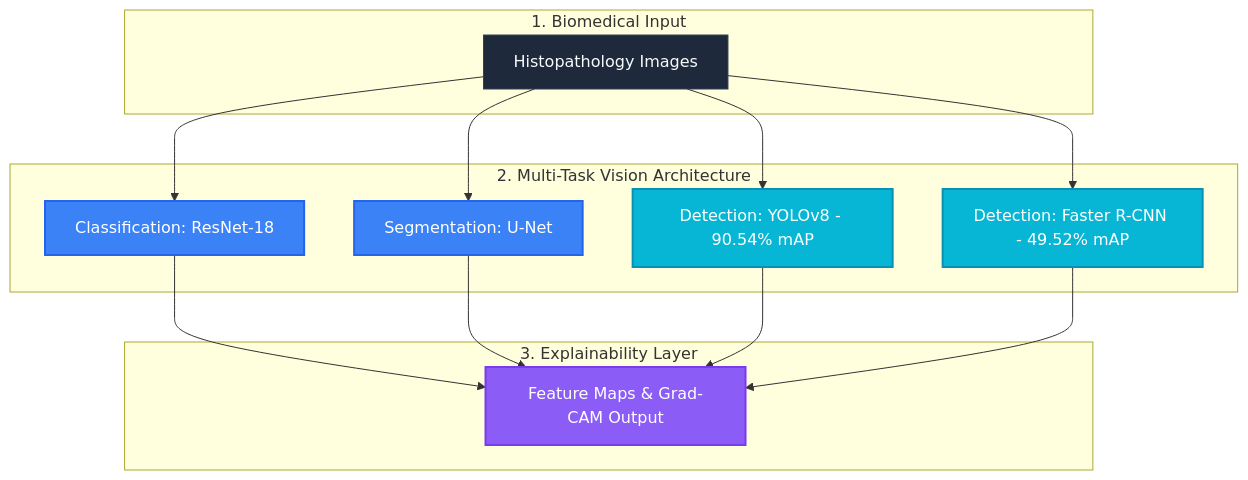
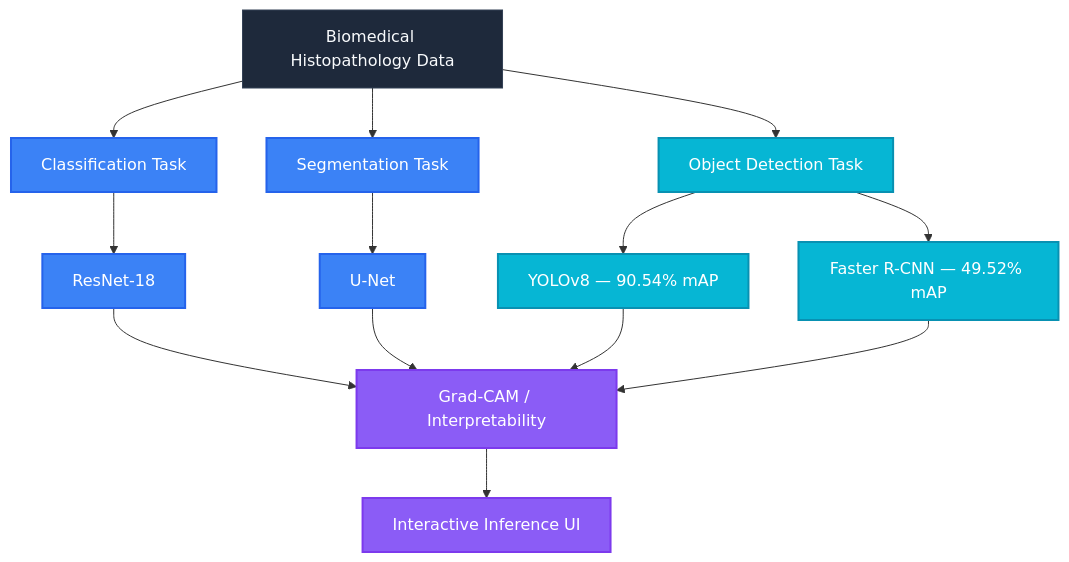
Before and after one commit to Basharameez/my-portfolio: the fifth of 7 diagrams in README.md, drawn with Mermaid. The commit also changed other lines of this file, not shown here.

````diff
--- a/README.md
+++ b/README.md
@@ -280,31 +398,21 @@
 ```mermaid
 flowchart TD
     classDef blue fill:#3B82F6,stroke:#2563EB,color:#FFFFFF,stroke-width:2px;
     classDef cyan fill:#06B6D4,stroke:#0891B2,color:#FFFFFF,stroke-width:2px;
     classDef violet fill:#8B5CF6,stroke:#7C3AED,color:#FFFFFF,stroke-width:2px;
     classDef dark fill:#1E293B,stroke:#334155,color:#F8FAFC,stroke-width:1px;
 
-    subgraph DataInput ["1. Biomedical Input"]
-        A[Histopathology Images]:::dark
-    end
+    A[Biomedical Histopathology Data]:::dark
 
-    subgraph VisionPipelines ["2. Multi-Task Vision Architecture"]
-        B[Classification: ResNet-18]:::blue
-        C[Segmentation: U-Net]:::blue
-        D[Detection: YOLOv8 - 90.54% mAP]:::cyan
-        E[Detection: Faster R-CNN - 49.52% mAP]:::cyan
-    end
+    A --> B[Classification Task]:::blue
+    A --> C[Segmentation Task]:::blue
+    A --> D[Object Detection Task]:::cyan
 
-    subgraph Interpretability ["3. Explainability Layer"]
-        F[Feature Maps & Grad-CAM Output]:::violet
-    end
+    B --> B1[ResNet-18]:::blue
+    C --> C1[U-Net]:::blue
+    D --> D1[YOLOv8 — 90.54% mAP]:::cyan
+    D --> D2[Faster R-CNN — 49.52% mAP]:::cyan
 
-    A --> B
-    A --> C
-    A --> D
-    A --> E
-    B --> F
-    C --> F
-    D --> F
-    E --> F
+    B1 & C1 & D1 & D2 --> E[Grad-CAM / Interpretability]:::violet
+    E --> F[Interactive Inference UI]:::violet
 ```
````
